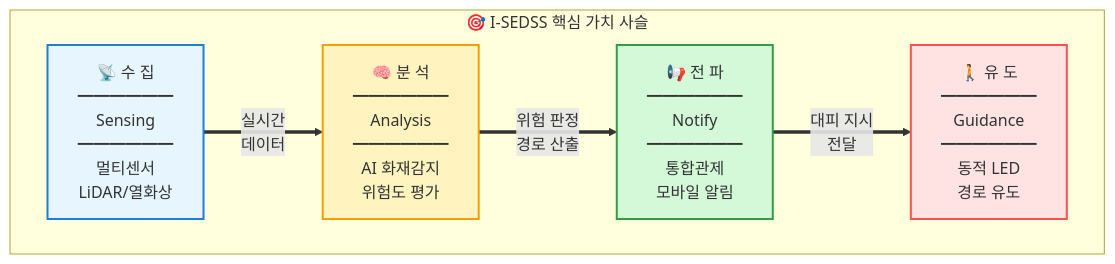
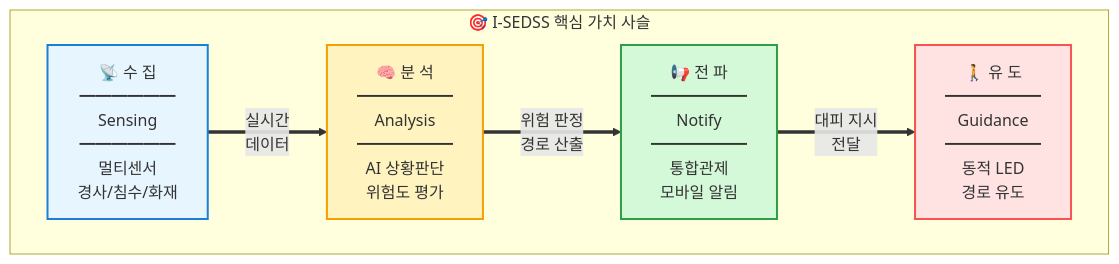
Before and after one commit to ymseo741/isedss-presentation: the sixth of 29 diagrams in report.md, drawn with Mermaid. The commit also changed other lines of this file, not shown here.

````diff
--- a/report.md
+++ b/report.md
@@ -185,19 +185,19 @@
 ```mermaid
 flowchart LR
     subgraph 가치체계["🎯 I-SEDSS 핵심 가치 사슬"]
         direction LR
-        S["📡 수 집<br/>━━━━━━<br/>Sensing<br/>━━━━━━<br/>멀티센서<br/>LiDAR/열화상"]
-        A["🧠 분 석<br/>━━━━━━<br/>Analysis<br/>━━━━━━<br/>AI 화재감지<br/>위험도 평가"]
+        S["📡 수 집<br/>━━━━━━<br/>Sensing<br/>━━━━━━<br/>멀티센서<br/>경사/침수/화재"]
+        A["🧠 분 석<br/>━━━━━━<br/>Analysis<br/>━━━━━━<br/>AI 상황판단<br/>위험도 평가"]
         N["📢 전 파<br/>━━━━━━<br/>Notify<br/>━━━━━━<br/>통합관제<br/>모바일 알림"]
         G["🚶 유 도<br/>━━━━━━<br/>Guidance<br/>━━━━━━<br/>동적 LED<br/>경로 유도"]
         
         S ==>|"실시간<br/>데이터"| A
         A ==>|"위험 판정<br/>경로 산출"| N
         N ==>|"대피 지시<br/>전달"| G
     end
     
     style S fill:#e7f5ff,stroke:#1c7ed6,stroke-width:2px
     style A fill:#fff3bf,stroke:#f59f00,stroke-width:2px
     style N fill:#d3f9d8,stroke:#2f9e44,stroke-width:2px
     style G fill:#ffe3e3,stroke:#fa5252,stroke-width:2px
 ```
````
